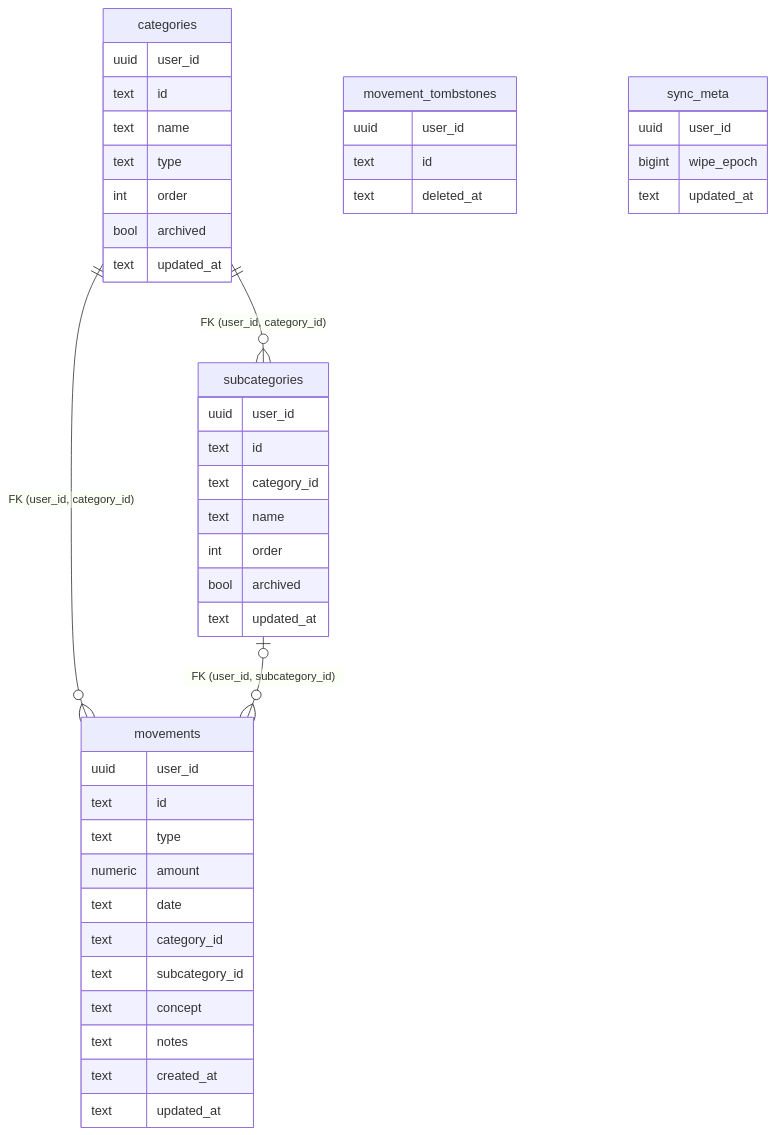
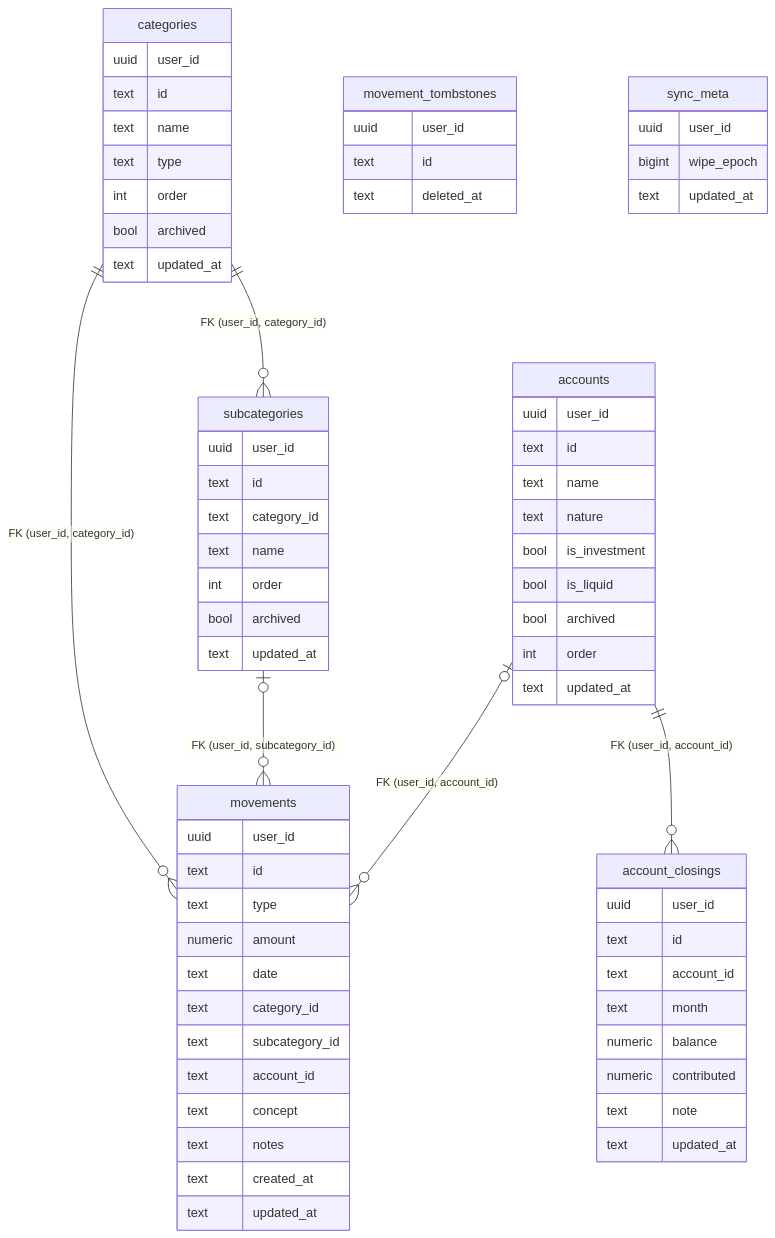
Before and after one commit to JoseCarlosCabelloTejero/FinHub: the diagram in docs/reference/postgres-schema.md, drawn with Mermaid. The commit also changed other lines of this file and 8 other files, not shown here.

````diff
--- a/docs/reference/postgres-schema.md
+++ b/docs/reference/postgres-schema.md
@@ -28,11 +29,15 @@
 ```mermaid
 erDiagram
     categories ||--o{ subcategories : "FK (user_id, category_id)"
     categories ||--o{ movements : "FK (user_id, category_id)"
     subcategories |o--o{ movements : "FK (user_id, subcategory_id)"
+    accounts ||--o{ account_closings : "FK (user_id, account_id)"
+    accounts |o--o{ movements : "FK (user_id, account_id)"
     categories { uuid user_id text id text name text type int order bool archived text updated_at }
     subcategories { uuid user_id text id text category_id text name int order bool archived text updated_at }
-    movements { uuid user_id text id text type numeric amount text date text category_id text subcategory_id text concept text notes text created_at text updated_at }
+    movements { uuid user_id text id text type numeric amount text date text category_id text subcategory_id text account_id text concept text notes text created_at text updated_at }
+    accounts { uuid user_id text id text name text nature bool is_investment bool is_liquid bool archived int order text updated_at }
+    account_closings { uuid user_id text id text account_id text month numeric balance numeric contributed text note text updated_at }
     movement_tombstones { uuid user_id text id text deleted_at }
     sync_meta { uuid user_id bigint wipe_epoch text updated_at }
 ```
````
